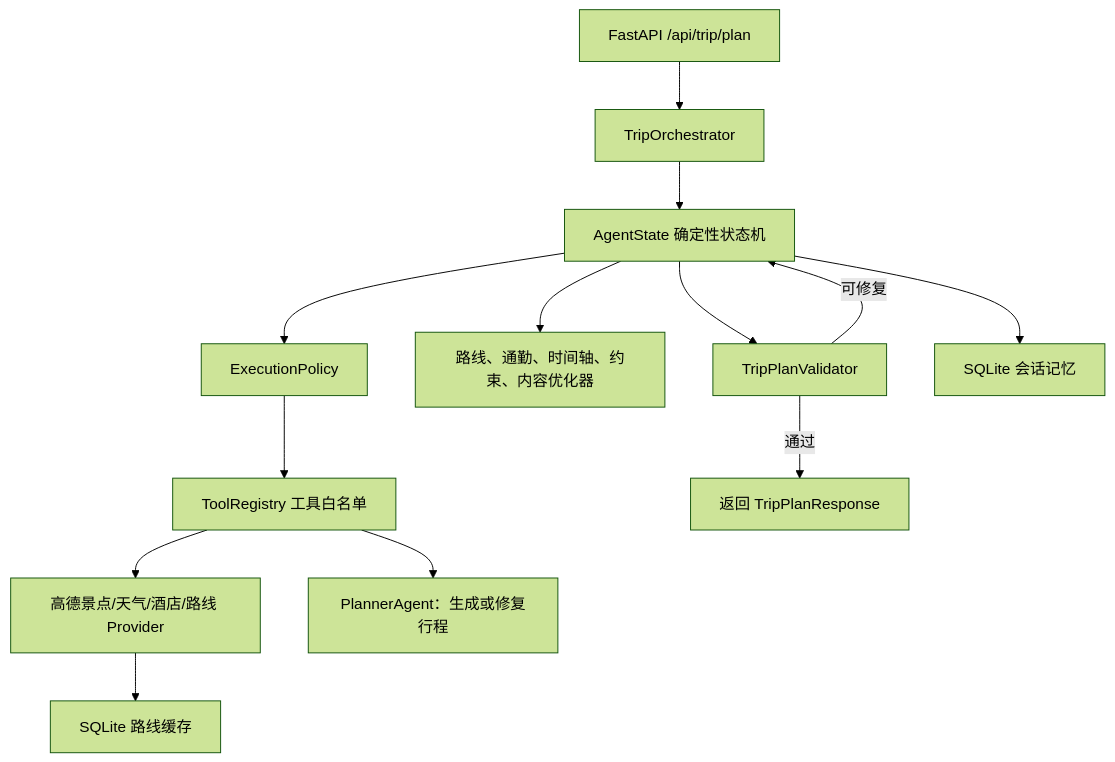
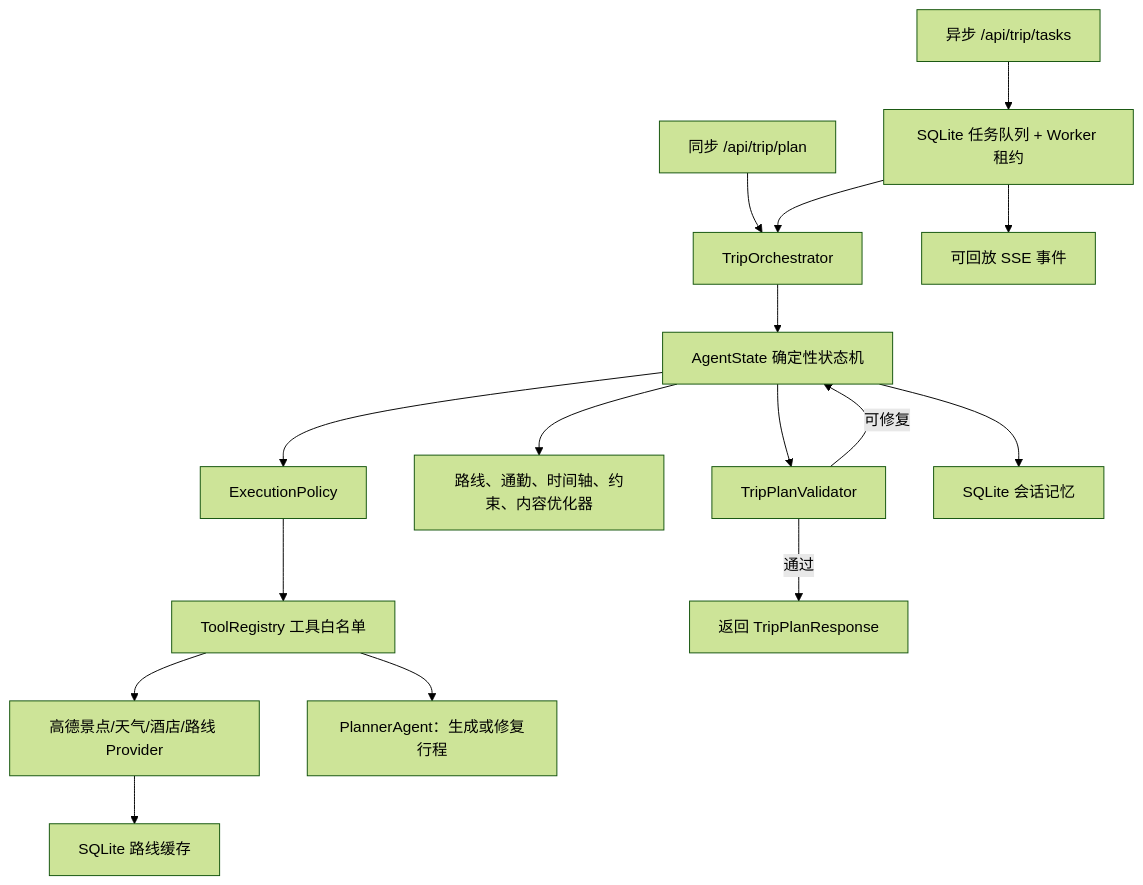
The diagram in docs/project-capabilities.md (huanghu0/travel-agent-backend), drawn with Mermaid (forest theme) before and after one commit. The commit also changed other lines of this file and 16 other files, not shown here.

````diff
--- a/docs/project-capabilities.md
+++ b/docs/project-capabilities.md
@@ -16,15 +16,18 @@
 ```mermaid
 flowchart TD
-    A["FastAPI /api/trip/plan"] --> B["TripOrchestrator"]
+    A["同步 /api/trip/plan"] --> B["TripOrchestrator"]
+    A2["异步 /api/trip/tasks"] --> Q["SQLite 任务队列 + Worker 租约"]
+    Q --> B
+    Q --> S["可回放 SSE 事件"]
     B --> C["AgentState 确定性状态机"]
     C --> D["ExecutionPolicy"]
     D --> E["ToolRegistry 工具白名单"]
     E --> F["高德景点/天气/酒店/路线 Provider"]
     E --> G["PlannerAgent：生成或修复行程"]
     C --> H["路线、通勤、时间轴、约束、内容优化器"]
     C --> I["TripPlanValidator"]
     C --> J["SQLite 会话记忆"]
     F --> K["SQLite 路线缓存"]
     I -->|通过| L["返回 TripPlanResponse"]
     I -->|可修复| C
 ```
````
